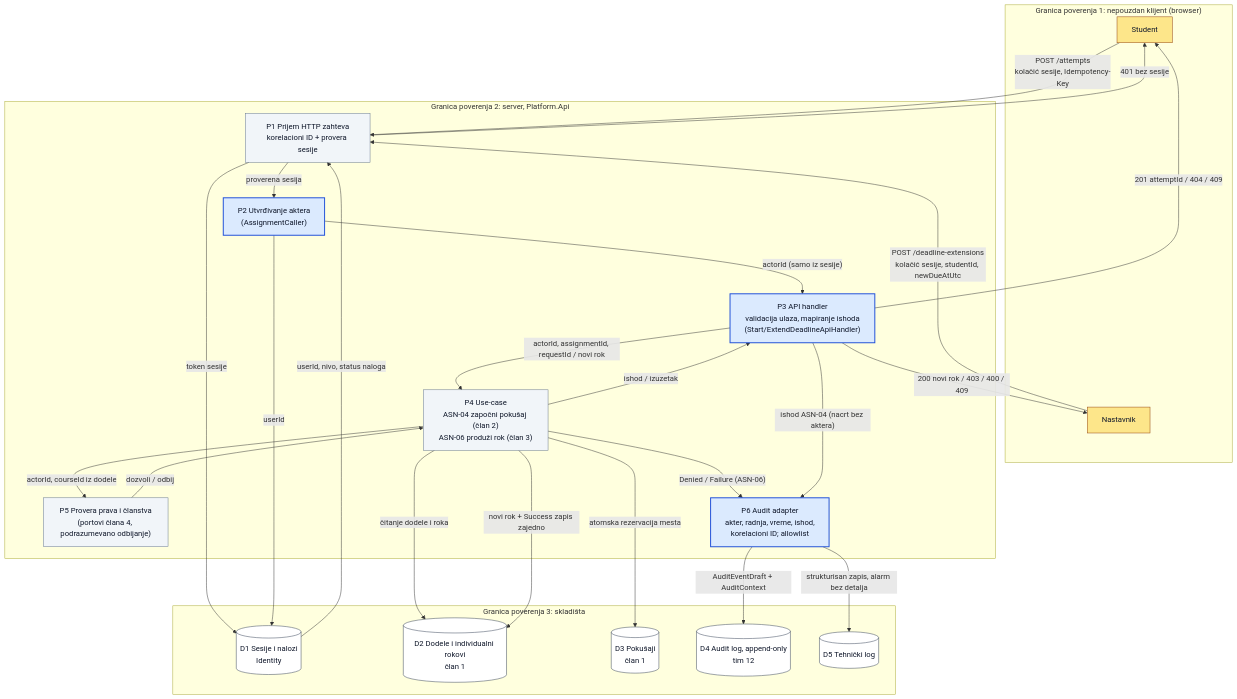
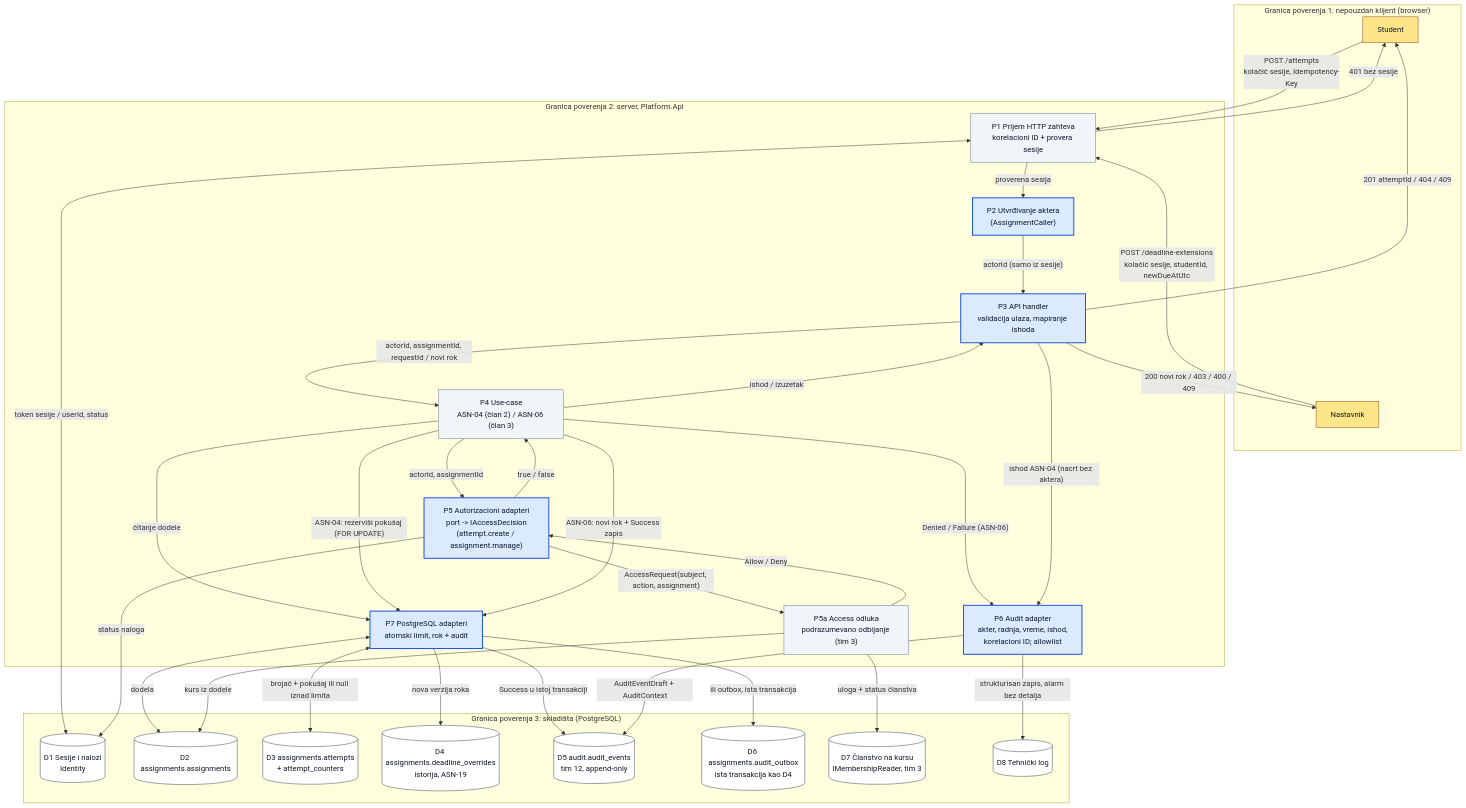
One commit to owlCoder/security-lab changed the diagram in docs/components/assignments-audit-api/diagrams/asn-audit-api-dfd.mmd. Above: the diagram before and after it, drawn with Mermaid. The commit also changed 20 other files, not shown here.

```diff
--- a/docs/components/assignments-audit-api/diagrams/asn-audit-api-dfd.mmd
+++ b/docs/components/assignments-audit-api/diagrams/asn-audit-api-dfd.mmd
@@ -1,50 +1,63 @@
-%% ASN-04 / ASN-06, tim 15, celina 5 (Audit i API) - dijagram toka podataka (DFD)
+%% ASN-04 / ASN-06, tim 15, celina 5 (Audit i API) - dijagram toka podataka (DFD), produkciona kompozicija
 flowchart TB
   classDef ext fill:#fde68a,stroke:#92400e,color:#0f172a
   classDef proc fill:#dbeafe,stroke:#1d4ed8,stroke-width:2px,color:#0f172a
   classDef procOther fill:#f1f5f9,stroke:#64748b,color:#0f172a
   classDef store fill:#ffffff,stroke:#334155,color:#0f172a
 
   subgraph TB1["Granica poverenja 1: nepouzdan klijent (browser)"]
     STU["Student"]:::ext
     TCH["Nastavnik"]:::ext
   end
 
   subgraph TB2["Granica poverenja 2: server, Platform.Api"]
     P1["P1 Prijem HTTP zahteva<br/>korelacioni ID + provera sesije"]:::procOther
     P2["P2 Utvrđivanje aktera<br/>(AssignmentCaller)"]:::proc
-    P3["P3 API handler<br/>validacija ulaza, mapiranje ishoda<br/>(Start/ExtendDeadlineApiHandler)"]:::proc
-    P4["P4 Use-case<br/>ASN-04 započni pokušaj (član 2)<br/>ASN-06 produži rok (član 3)"]:::procOther
-    P5["P5 Provera prava i članstva<br/>(portovi člana 4, podrazumevano odbijanje)"]:::procOther
+    P3["P3 API handler<br/>validacija ulaza, mapiranje ishoda"]:::proc
+    P4["P4 Use-case<br/>ASN-04 (član 2) / ASN-06 (član 3)"]:::procOther
+    P5["P5 Autorizacioni adapteri<br/>port -> IAccessDecision<br/>(attempt.create / assignment.manage)"]:::proc
+    P5A["P5a Access odluka<br/>podrazumevano odbijanje (tim 3)"]:::procOther
     P6["P6 Audit adapter<br/>akter, radnja, vreme, ishod,<br/>korelacioni ID; allowlist"]:::proc
+    P7["P7 PostgreSQL adapteri<br/>atomski limit, rok + audit"]:::proc
   end
 
-  subgraph TB3["Granica poverenja 3: skladišta"]
+  subgraph TB3["Granica poverenja 3: skladišta (PostgreSQL)"]
     D1[("D1 Sesije i nalozi<br/>Identity")]:::store
-    D2[("D2 Dodele i individualni rokovi<br/>član 1")]:::store
-    D3[("D3 Pokušaji<br/>član 1")]:::store
-    D4[("D4 Audit log, append-only<br/>tim 12")]:::store
-    D5[("D5 Tehnički log")]:::store
+    D2[("D2 assignments.assignments")]:::store
+    D3[("D3 assignments.attempts<br/>+ attempt_counters")]:::store
+    D4[("D4 assignments.deadline_overrides<br/>istorija, ASN-19")]:::store
+    D5[("D5 audit.audit_events<br/>tim 12, append-only")]:::store
+    D6[("D6 assignments.audit_outbox<br/>ista transakcija kao D4")]:::store
+    D7[("D7 Članstvo na kursu<br/>IMembershipReader, tim 3")]:::store
+    D8[("D8 Tehnički log")]:::store
   end
 
   STU -->|"POST /attempts<br/>kolačić sesije, Idempotency-Key"| P1
   TCH -->|"POST /deadline-extensions<br/>kolačić sesije, studentId, newDueAtUtc"| P1
-  P1 -->|"token sesije"| D1
-  D1 -->|"userId, nivo, status naloga"| P1
+  P1 <-->|"token sesije / userId, status"| D1
   P1 -->|"401 bez sesije"| STU
   P1 -->|"proverena sesija"| P2
-  P2 -->|"userId"| D1
   P2 -->|"actorId (samo iz sesije)"| P3
   P3 -->|"actorId, assignmentId, requestId / novi rok"| P4
-  P4 -->|"actorId, courseId iz dodele"| P5
-  P5 -->|"dozvoli / odbij"| P4
-  P4 -->|"čitanje dodele i roka"| D2
-  P4 -->|"atomska rezervacija mesta"| D3
-  P4 -->|"novi rok + Success zapis zajedno"| D2
+  P4 -->|"čitanje dodele"| P7
+  P7 <-->|"dodela"| D2
+  P4 -->|"actorId, assignmentId"| P5
+  P5 -->|"status naloga"| D1
+  P5 -->|"AccessRequest(subject, action, assignment)"| P5A
+  P5A -->|"kurs iz dodele"| D2
+  P5A -->|"uloga + status članstva"| D7
+  P5A -->|"Allow / Deny"| P5
+  P5 -->|"true / false"| P4
+  P4 -->|"ASN-04: rezerviši pokušaj (FOR UPDATE)"| P7
+  P7 <-->|"brojač + pokušaj ili null iznad limita"| D3
+  P4 -->|"ASN-06: novi rok + Success zapis"| P7
+  P7 -->|"nova verzija roka"| D4
+  P7 -->|"Success u istoj transakciji"| D5
+  P7 -->|"ili outbox, ista transakcija"| D6
   P4 -->|"ishod / izuzetak"| P3
   P4 -->|"Denied / Failure (ASN-06)"| P6
   P3 -->|"ishod ASN-04 (nacrt bez aktera)"| P6
-  P6 -->|"AuditEventDraft + AuditContext"| D4
-  P6 -->|"strukturisan zapis, alarm bez detalja"| D5
+  P6 -->|"AuditEventDraft + AuditContext"| D5
+  P6 -->|"strukturisan zapis, alarm bez detalja"| D8
   P3 -->|"201 attemptId / 404 / 409"| STU
   P3 -->|"200 novi rok / 403 / 400 / 409"| TCH
```
